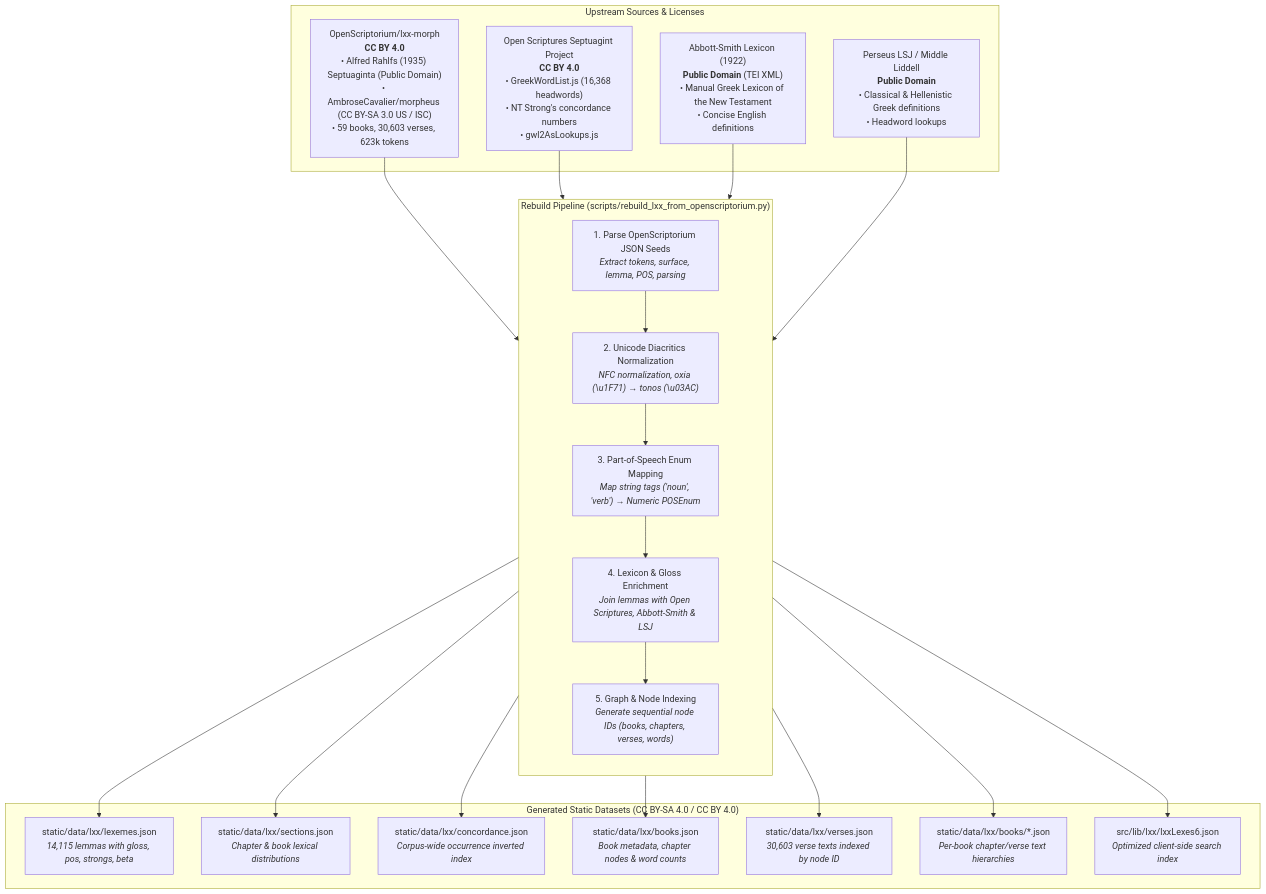
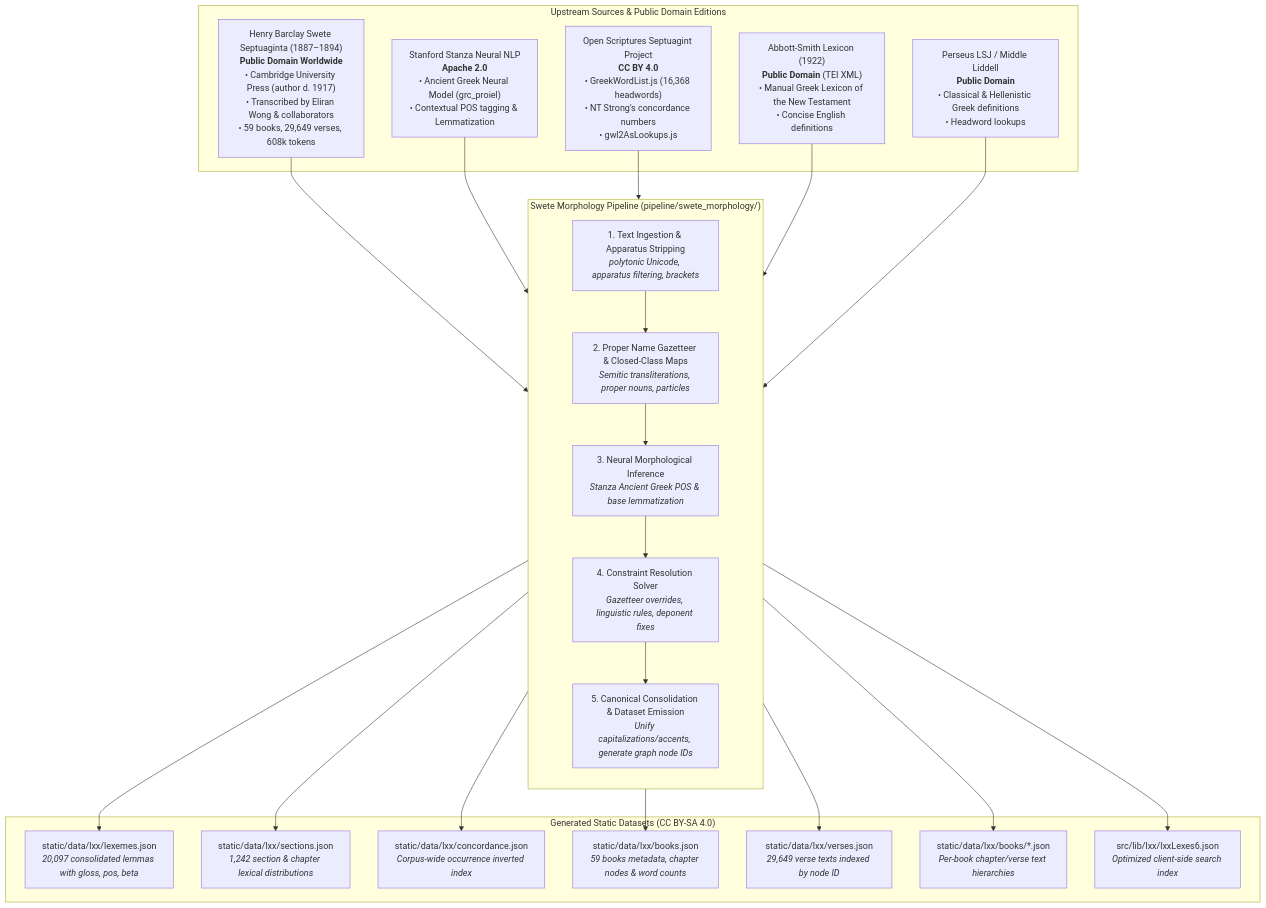
Before and after one commit to cbop-dev/biblical-lexeme-explorer: the diagram in README.md, drawn with Mermaid. The commit also changed other lines of this file and 4 other files, not shown here.

````diff
--- a/README.md
+++ b/README.md
@@ -13,49 +13,52 @@
 ```mermaid
 graph TD
-    subgraph Upstream_Sources ["Upstream Sources & Licenses"]
-        OS_MORPH["OpenScriptorium/lxx-morph<br/><b>CC BY 4.0</b><br/>• Alfred Rahlfs (1935) Septuaginta (Public Domain)<br/>• AmbroseCavalier/morpheus (CC BY-SA 3.0 US / ISC)<br/>• 59 books, 30,603 verses, 623k tokens"]
+    subgraph Upstream_Sources ["Upstream Sources & Public Domain Editions"]
+        SWETE_TEXT["Henry Barclay Swete Septuaginta (1887–1894)<br/><b>Public Domain Worldwide</b><br/>• Cambridge University Press (author d. 1917)<br/>• Transcribed by Eliran Wong & collaborators<br/>• 59 books, 29,649 verses, 608k tokens"]
+        
+        STANZA_NLP["Stanford Stanza Neural NLP<br/><b>Apache 2.0</b><br/>• Ancient Greek Neural Model (grc_proiel)<br/>• Contextual POS tagging & Lemmatization"]
         
         OS_RESOURCES["Open Scriptures Septuagint Project<br/><b>CC BY 4.0</b><br/>• GreekWordList.js (16,368 headwords)<br/>• NT Strong's concordance numbers<br/>• gwl2AsLookups.js"]
         
         AS_LEX["Abbott-Smith Lexicon (1922)<br/><b>Public Domain</b> (TEI XML)<br/>• Manual Greek Lexicon of the New Testament<br/>• Concise English definitions"]
         
         LSJ_DICT["Perseus LSJ / Middle Liddell<br/><b>Public Domain</b><br/>• Classical & Hellenistic Greek definitions<br/>• Headword lookups"]
     end
 
-    subgraph ETL_Pipeline ["Rebuild Pipeline (scripts/rebuild_lxx_from_openscriptorium.py)"]
+    subgraph ETL_Pipeline ["Swete Morphology Pipeline (pipeline/swete_morphology/)"]
         direction TB
-        PARSE_OS["1. Parse OpenScriptorium JSON Seeds<br/><i>Extract tokens, surface, lemma, POS, parsing</i>"]
-        NORM_GREEK["2. Unicode Diacritics Normalization<br/><i>NFC normalization, oxia (\u1F71) → tonos (\u03AC)</i>"]
-        MAP_POS["3. Part-of-Speech Enum Mapping<br/><i>Map string tags ('noun', 'verb') → Numeric POSEnum</i>"]
-        MAP_LEX["4. Lexicon & Gloss Enrichment<br/><i>Join lemmas with Open Scriptures, Abbott-Smith & LSJ</i>"]
-        BUILD_INDEX["5. Graph & Node Indexing<br/><i>Generate sequential node IDs (books, chapters, verses, words)</i>"]
+        STAGE1["1. Text Ingestion & Apparatus Stripping<br/><i>polytonic Unicode, apparatus filtering, brackets</i>"]
+        STAGE2["2. Proper Name Gazetteer & Closed-Class Maps<br/><i>Semitic transliterations, proper nouns, particles</i>"]
+        STAGE4["3. Neural Morphological Inference<br/><i>Stanza Ancient Greek POS & base lemmatization</i>"]
+        STAGE5["4. Constraint Resolution Solver<br/><i>Gazetteer overrides, linguistic rules, deponent fixes</i>"]
+        STAGE8["5. Canonical Consolidation & Dataset Emission<br/><i>Unify capitalizations/accents, generate graph node IDs</i>"]
         
-        PARSE_OS --> NORM_GREEK
-        NORM_GREEK --> MAP_POS
-        MAP_POS --> MAP_LEX
-        MAP_LEX --> BUILD_INDEX
+        STAGE1 --> STAGE2
+        STAGE2 --> STAGE4
+        STAGE4 --> STAGE5
+        STAGE5 --> STAGE8
     end
 
-    subgraph Generated_Artifacts ["Generated Static Datasets (CC BY-SA 4.0 / CC BY 4.0)"]
-        LEXEMES["static/data/lxx/lexemes.json<br/><i>14,115 lemmas with gloss, pos, strongs, beta</i>"]
-        SECTIONS["static/data/lxx/sections.json<br/><i>Chapter & book lexical distributions</i>"]
+    subgraph Generated_Artifacts ["Generated Static Datasets (CC BY-SA 4.0)"]
+        LEXEMES["static/data/lxx/lexemes.json<br/><i>20,097 consolidated lemmas with gloss, pos, beta</i>"]
+        SECTIONS["static/data/lxx/sections.json<br/><i>1,242 section & chapter lexical distributions</i>"]
         CONCORDANCE["static/data/lxx/concordance.json<br/><i>Corpus-wide occurrence inverted index</i>"]
-        BOOKS["static/data/lxx/books.json<br/><i>Book metadata, chapter nodes & word counts</i>"]
-        VERSES["static/data/lxx/verses.json<br/><i>30,603 verse texts indexed by node ID</i>"]
+        BOOKS["static/data/lxx/books.json<br/><i>59 books metadata, chapter nodes & word counts</i>"]
+        VERSES["static/data/lxx/verses.json<br/><i>29,649 verse texts indexed by node ID</i>"]
         BOOK_CHAPTERS["static/data/lxx/books/*.json<br/><i>Per-book chapter/verse text hierarchies</i>"]
         CLIENT_SEARCH["src/lib/lxx/lxxLexes6.json<br/><i>Optimized client-side search index</i>"]
     end
 
-    OS_MORPH --> PARSE_OS
-    OS_RESOURCES --> MAP_LEX
-    AS_LEX --> MAP_LEX
-    LSJ_DICT --> MAP_LEX
+    SWETE_TEXT --> STAGE1
+    STANZA_NLP --> STAGE4
+    OS_RESOURCES --> STAGE8
+    AS_LEX --> STAGE8
+    LSJ_DICT --> STAGE8
 
-    BUILD_INDEX --> LEXEMES
-    BUILD_INDEX --> SECTIONS
-    BUILD_INDEX --> CONCORDANCE
-    BUILD_INDEX --> BOOKS
-    BUILD_INDEX --> VERSES
-    BUILD_INDEX --> BOOK_CHAPTERS
-    BUILD_INDEX --> CLIENT_SEARCH
+    STAGE8 --> LEXEMES
+    STAGE8 --> SECTIONS
+    STAGE8 --> CONCORDANCE
+    STAGE8 --> BOOKS
+    STAGE8 --> VERSES
+    STAGE8 --> BOOK_CHAPTERS
+    STAGE8 --> CLIENT_SEARCH
 ```
````
